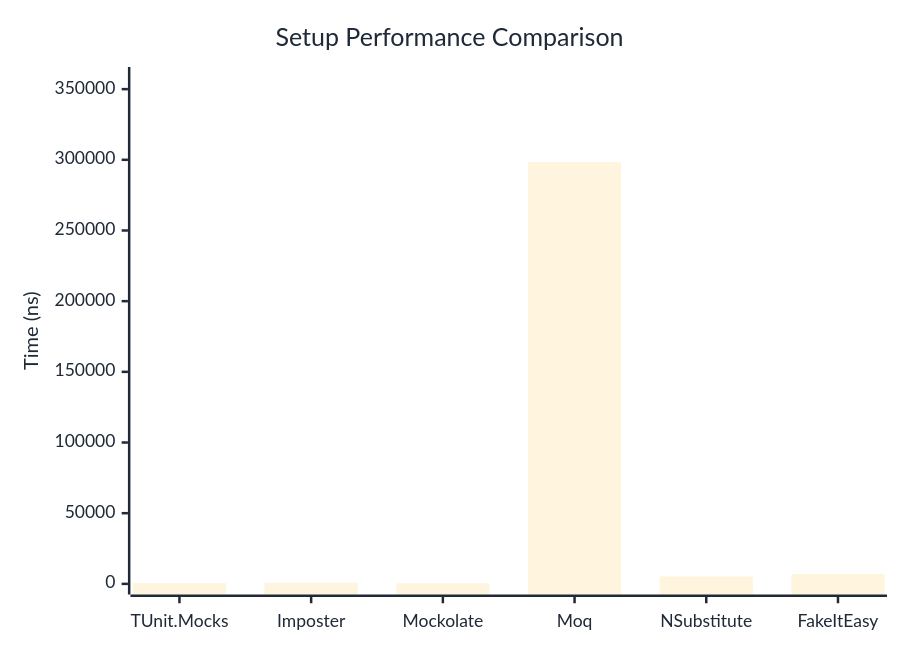
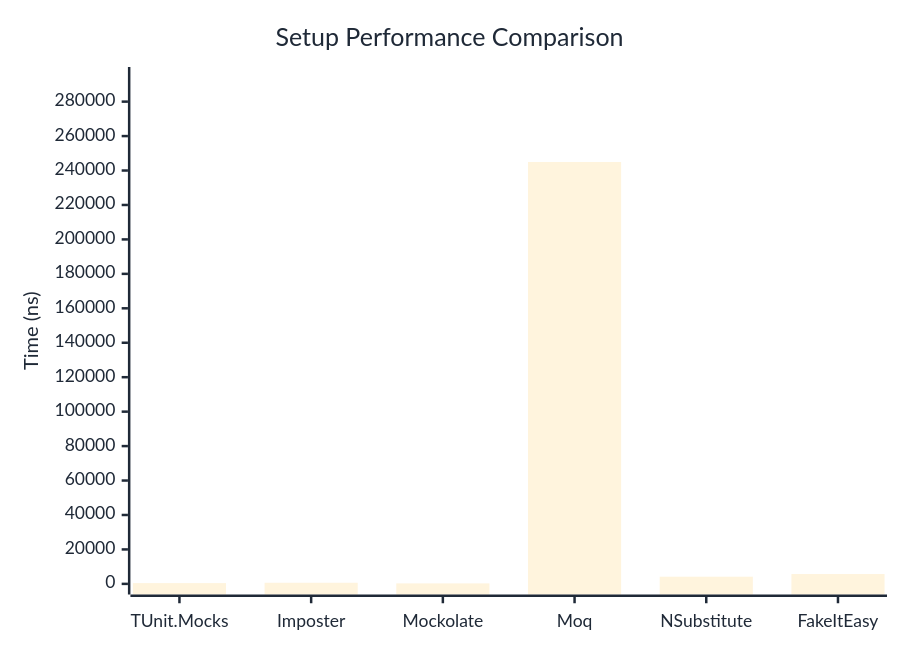
One commit to thomhurst/TUnit changed the first of 2 diagrams in docs/docs/benchmarks/mocks/Setup.md. Above: the diagram before and after it, drawn with Mermaid. The commit also changed other lines of this file and 14 other files, not shown here.

````diff
--- a/docs/docs/benchmarks/mocks/Setup.md
+++ b/docs/docs/benchmarks/mocks/Setup.md
@@ -28,27 +28,27 @@
 ```mermaid
 %%{init: {
   'theme':'base',
   'themeVariables': {
     'primaryColor': '#2563eb',
     'primaryTextColor': '#1f2937',
     'primaryBorderColor': '#1e40af',
     'lineColor': '#6b7280',
     'secondaryColor': '#7c3aed',
     'tertiaryColor': '#dc2626',
     'background': '#ffffff',
     'pie1': '#2563eb',
     'pie2': '#7c3aed',
     'pie3': '#dc2626',
     'pie4': '#f59e0b',
     'pie5': '#10b981',
     'pie6': '#06b6d4',
     'pie7': '#ec4899',
     'pie8': '#6366f1'
   }
 }}%%
 xychart-beta
   title "Setup Performance Comparison"
   x-axis ["TUnit.Mocks", "Imposter", "Mockolate", "Moq", "NSubstitute", "FakeItEasy"]
-  y-axis "Time (ns)" 0 --> 358137
-  bar [540.2, 757.1, 359.1, 298446.7, 5228.7, 7010.2]
+  y-axis "Time (ns)" 0 --> 293937
+  bar [447.7, 652.9, 280.1, 244947.3, 4170.7, 5698.9]
 ```
````
